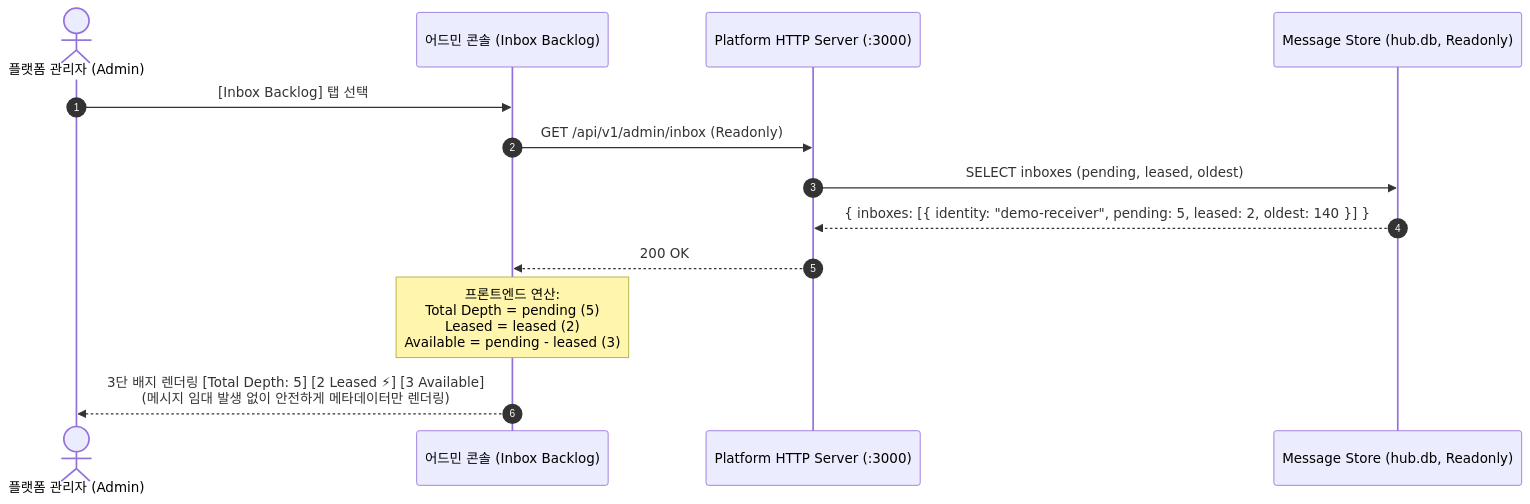
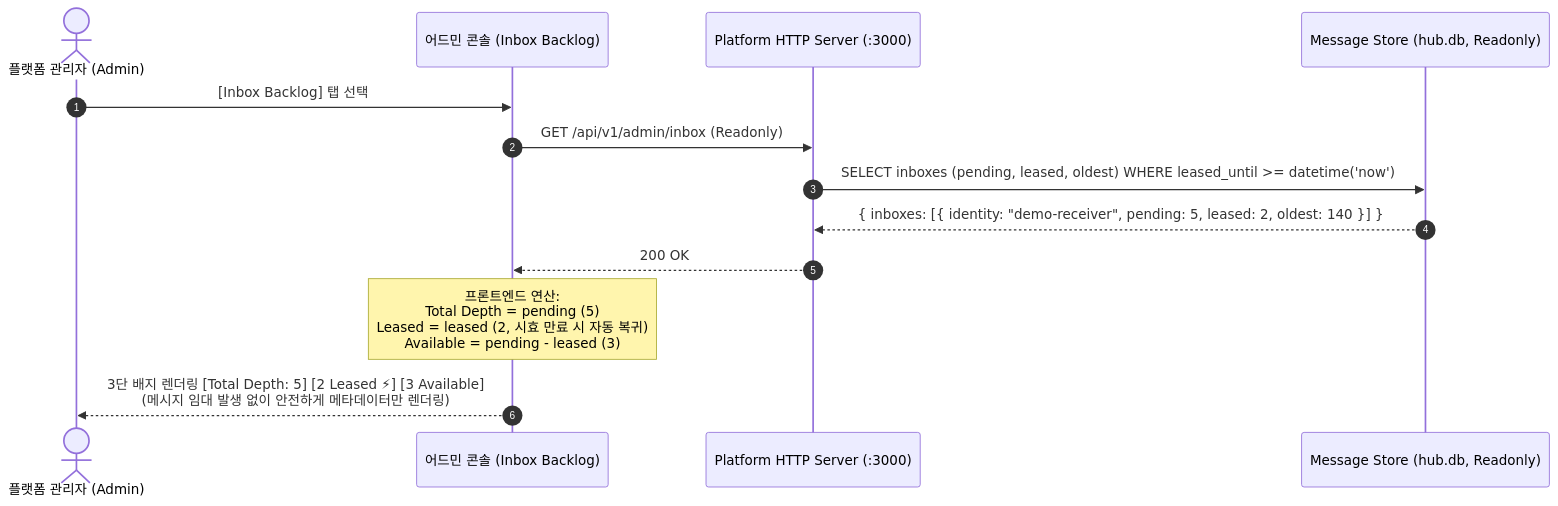
The third of 6 diagrams in docs/operator-functional-spec.md (sir-mirr/agent-mesh-platform), drawn with Mermaid before and after one commit. The commit also changed other lines of this file, not shown here.

````diff
--- a/docs/operator-functional-spec.md
+++ b/docs/operator-functional-spec.md
@@ -104,16 +107,16 @@
 ```mermaid
 sequenceDiagram
     autonumber
     actor Admin as 플랫폼 관리자 (Admin)
     participant UI as 어드민 콘솔 (Inbox Backlog)
     participant HTTP as Platform HTTP Server (:3000)
     participant DB as Message Store (hub.db, Readonly)
 
     Admin->>UI: [Inbox Backlog] 탭 선택
     UI->>HTTP: GET /api/v1/admin/inbox (Readonly)
-    HTTP->>DB: SELECT inboxes (pending, leased, oldest)
+    HTTP->>DB: SELECT inboxes (pending, leased, oldest) WHERE leased_until >= datetime('now')
     DB-->>HTTP: { inboxes: [{ identity: "demo-receiver", pending: 5, leased: 2, oldest: 140 }] }
     HTTP-->>UI: 200 OK
-    Note over UI: 프론트엔드 연산:<br>Total Depth = pending (5)<br>Leased = leased (2)<br>Available = pending - leased (3)
+    Note over UI: 프론트엔드 연산:<br>Total Depth = pending (5)<br>Leased = leased (2, 시효 만료 시 자동 복귀)<br>Available = pending - leased (3)
     UI-->>Admin: 3단 배지 렌더링 [Total Depth: 5] [2 Leased ⚡] [3 Available]<br>(메시지 임대 발생 없이 안전하게 메타데이터만 렌더링)
 ```
````
